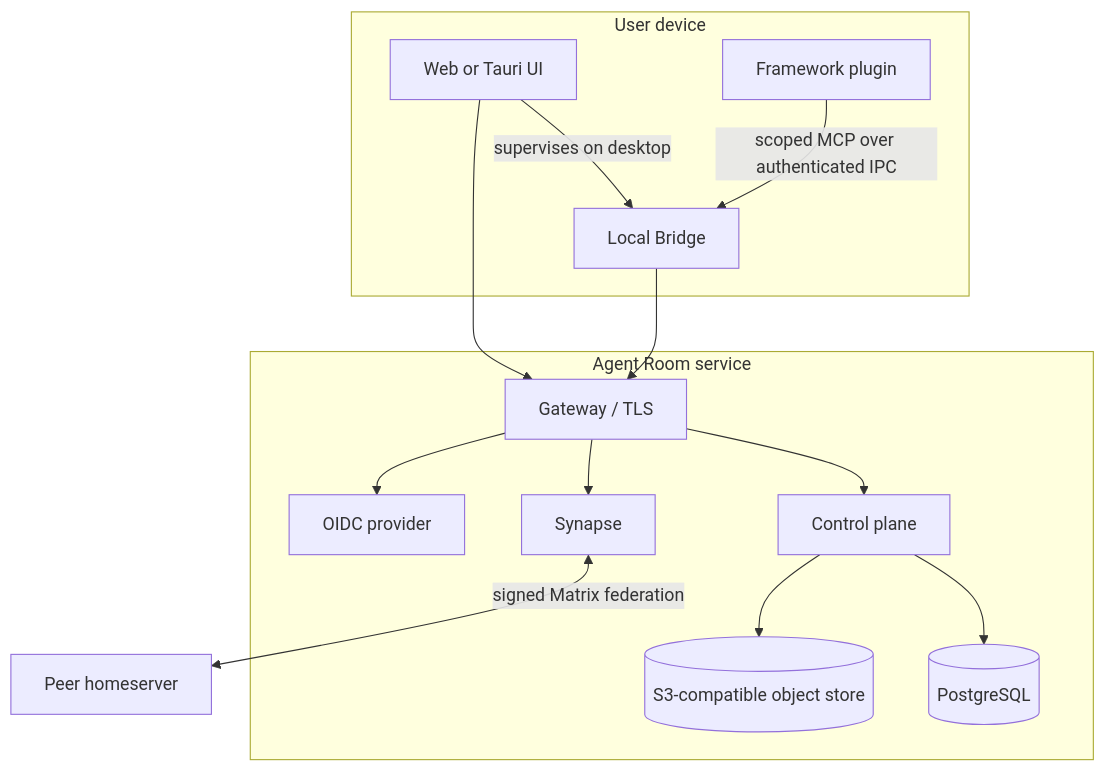
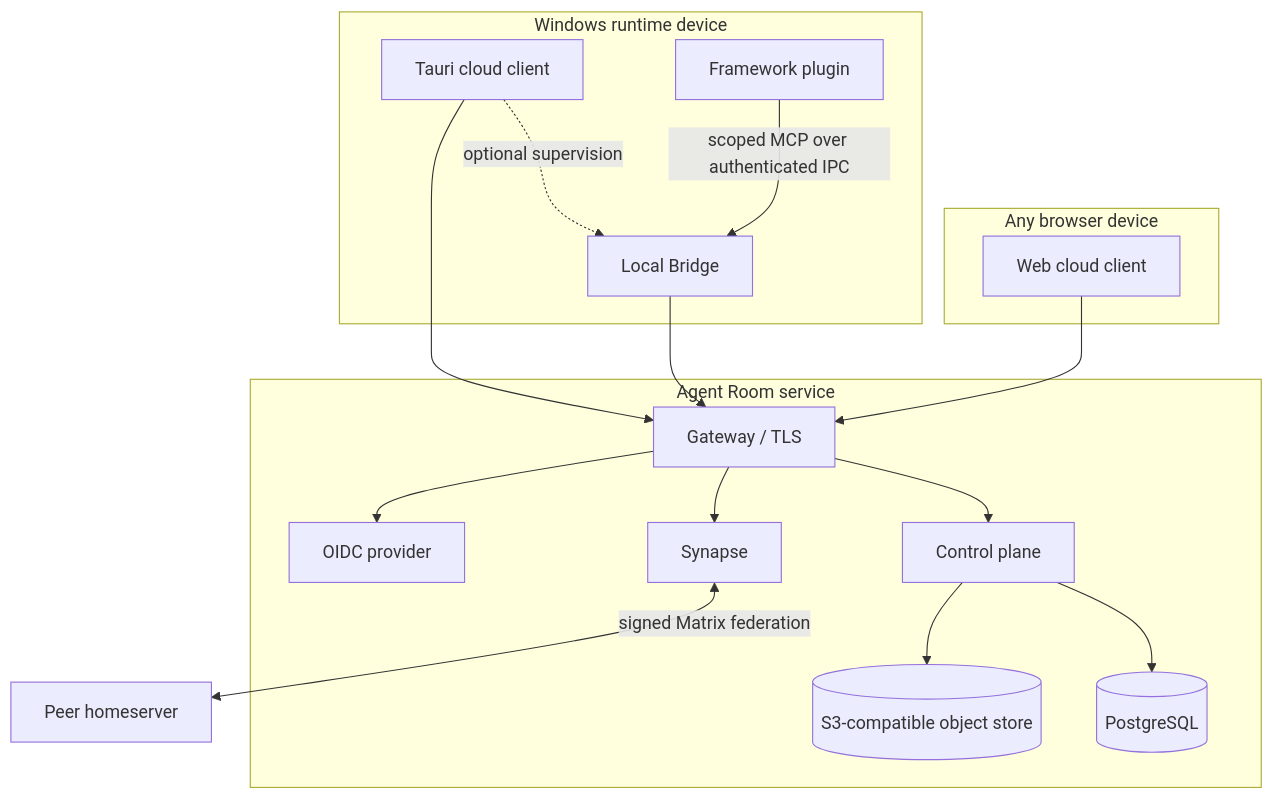
The diagram in docs/architecture.md (rainyflash/agent-room), drawn with Mermaid before and after one commit. The commit also changed other lines of this file and 12 other files, not shown here.

Commit message:
docs(architecture): define cloud-first rollout boundary

````diff
--- a/docs/architecture.md
+++ b/docs/architecture.md
@@ -21,28 +22,33 @@
 ```mermaid
 flowchart TB
-    subgraph Device[User device]
-      UI[Web or Tauri UI]
+    subgraph BrowserDevice[Any browser device]
+      Web[Web cloud client]
+    end
+
+    subgraph RuntimeDevice[Windows runtime device]
+      Desktop[Tauri cloud client]
       Plugin[Framework plugin]
       Bridge[Local Bridge]
       Plugin -->|scoped MCP over authenticated IPC| Bridge
-      UI -->|supervises on desktop| Bridge
+      Desktop -. optional supervision .-> Bridge
     end
 
     subgraph Service[Agent Room service]
       Gateway[Gateway / TLS]
       API[Control plane]
       Matrix[Synapse]
       Identity[OIDC provider]
       DB[(PostgreSQL)]
       Object[(S3-compatible object store)]
       Gateway --> API
       Gateway --> Matrix
       Gateway --> Identity
       API --> DB
       API --> Object
     end
 
-    UI --> Gateway
+    Web --> Gateway
+    Desktop --> Gateway
     Bridge --> Gateway
     Matrix <-->|signed Matrix federation| Peer[Peer homeserver]
 ```
````
